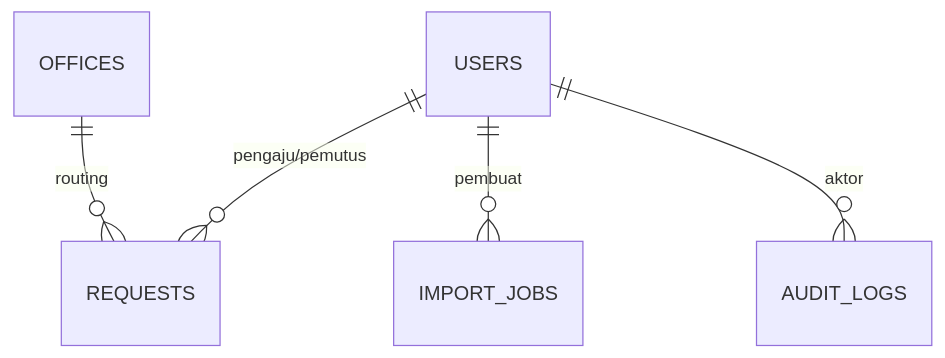
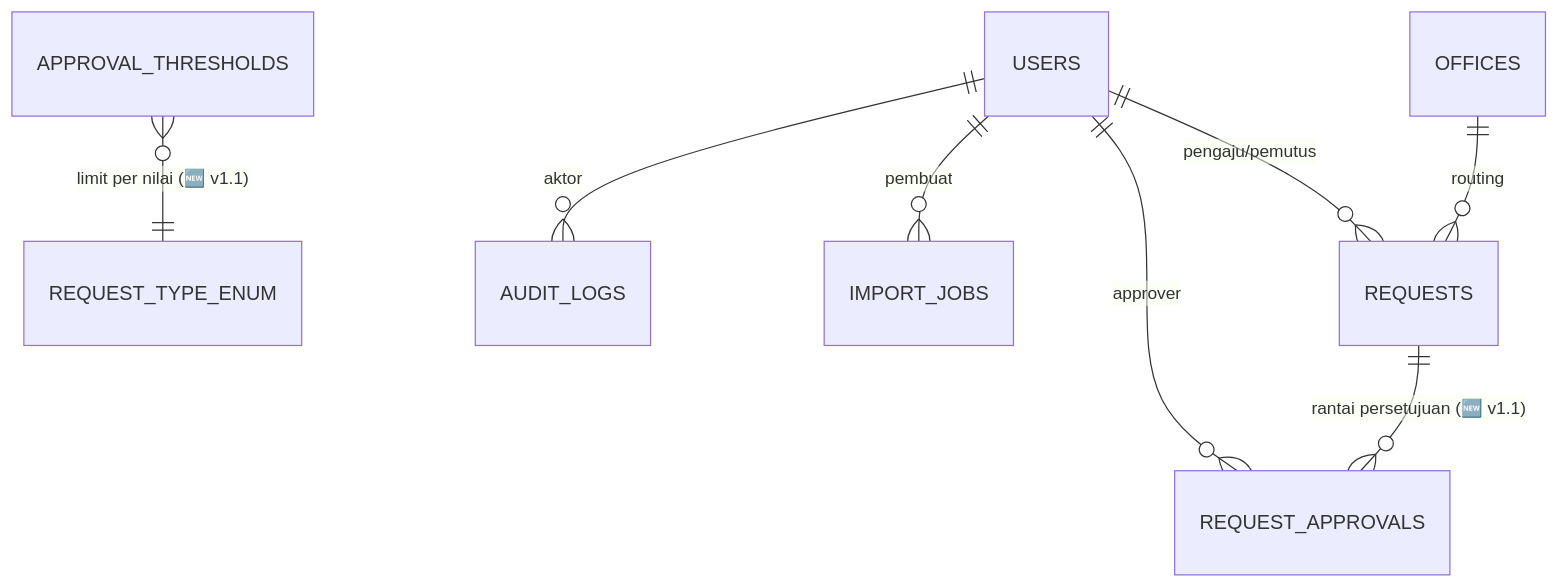
One commit to ragbuaj/inventra changed the fourth of 6 diagrams in docs/DATABASE.md. Above: the diagram before and after it, drawn with Mermaid. The commit also changed other lines of this file and 71 other files, not shown here.

First line of the commit message:
feat(bank-fam): PRD v1.1 foundation — schema, masterdata split, ADRs, docs (#15)

````diff
--- a/docs/DATABASE.md
+++ b/docs/DATABASE.md
@@ -139,7 +181,10 @@
 ```mermaid
 erDiagram
-  USERS ||--o{ REQUESTS     : "pengaju/pemutus"
-  OFFICES ||--o{ REQUESTS   : "routing"
-  USERS ||--o{ IMPORT_JOBS  : "pembuat"
-  USERS ||--o{ AUDIT_LOGS   : "aktor"
+  USERS ||--o{ REQUESTS          : "pengaju/pemutus"
+  OFFICES ||--o{ REQUESTS        : "routing"
+  REQUESTS ||--o{ REQUEST_APPROVALS : "rantai persetujuan (🆕 v1.1)"
+  USERS ||--o{ REQUEST_APPROVALS : "approver"
+  APPROVAL_THRESHOLDS }o--|| REQUEST_TYPE_ENUM : "limit per nilai (🆕 v1.1)"
+  USERS ||--o{ IMPORT_JOBS       : "pembuat"
+  USERS ||--o{ AUDIT_LOGS        : "aktor"
 ```
````
